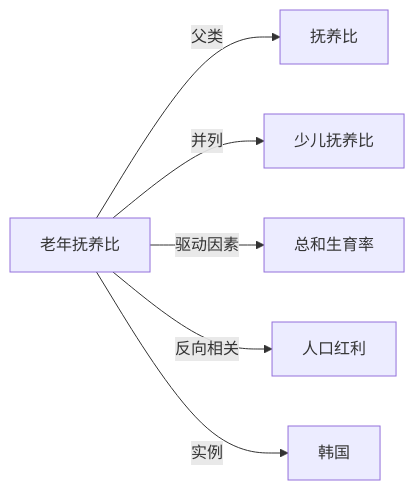
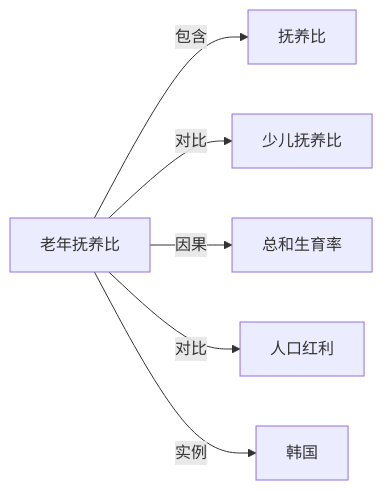
The diagram in Knowledge/Concepts/人口学/老年抚养比.md (KIMMCHOW/MyKnowledge), drawn with Mermaid before and after one commit. The commit also changed 95 other files, not shown here.

Commit message:
reorganize: 统一关系图边标签为11类

````diff
--- a/Knowledge/Concepts/人口学/老年抚养比.md
+++ b/Knowledge/Concepts/人口学/老年抚养比.md
@@ -43,8 +43,8 @@
 ```mermaid
 graph LR
-    老年抚养比 -->|父类| 抚养比
-    老年抚养比 -->|并列| 少儿抚养比
-    老年抚养比 -->|驱动因素| 总和生育率
-    老年抚养比 -->|反向相关| 人口红利
+    老年抚养比 -->|包含| 抚养比
+    老年抚养比 -->|对比| 少儿抚养比
+    老年抚养比 -->|因果| 总和生育率
+    老年抚养比 -->|对比| 人口红利
     老年抚养比 -->|实例| 韩国
 ```
````
